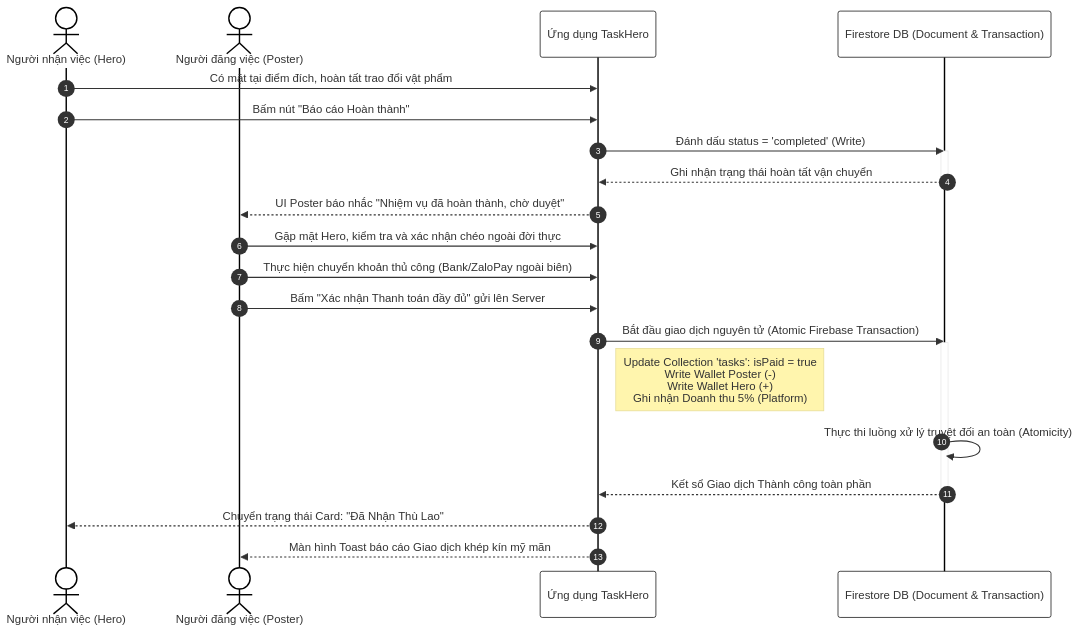
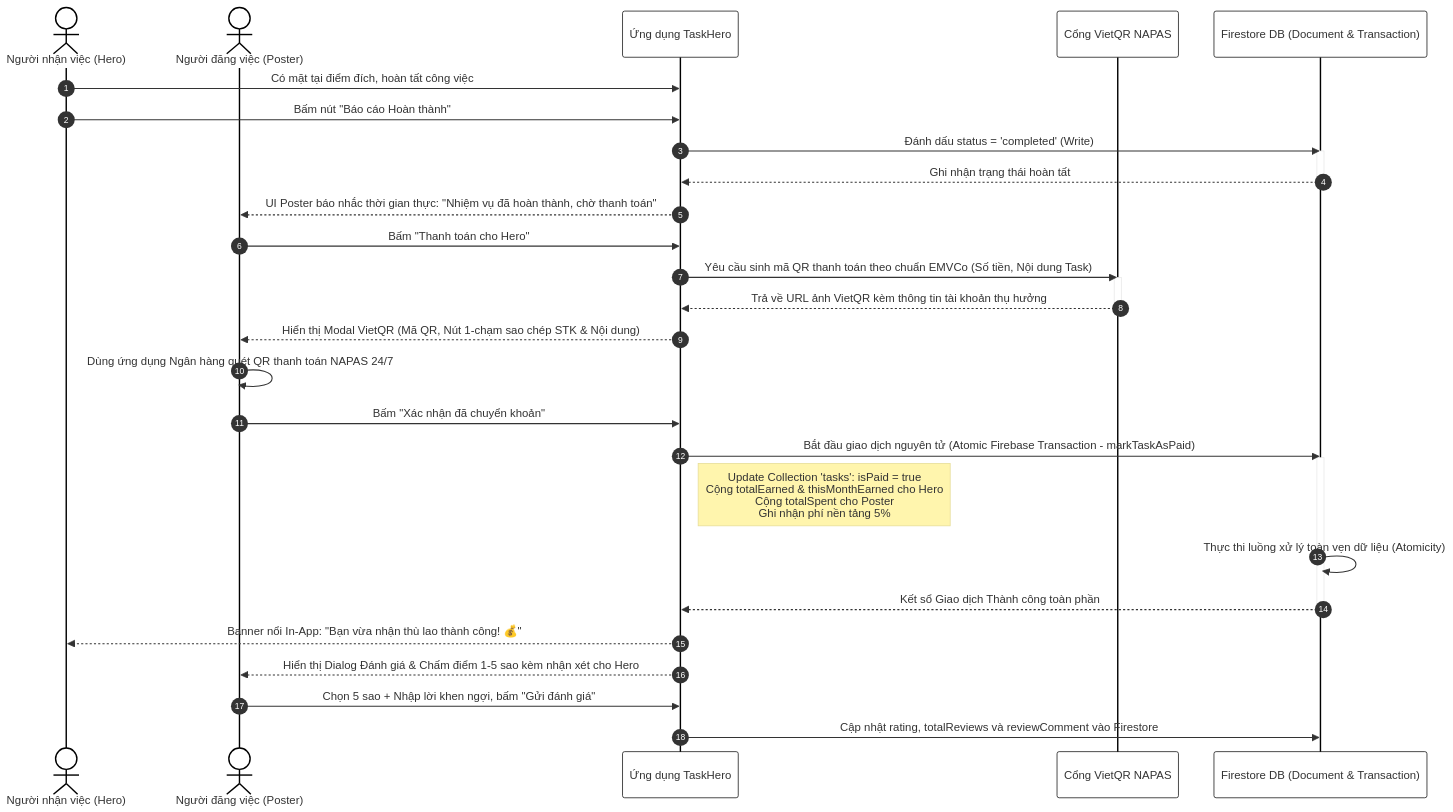
One commit to nguyenhung2k5/Mobile_App changed the fourth of 5 diagrams in Sequence_Diagrams_Full.md. Above: the diagram before and after it, drawn with Mermaid. The commit also changed other lines of this file and 6 other files, not shown here.

````diff
--- a/Sequence_Diagrams_Full.md
+++ b/Sequence_Diagrams_Full.md
@@ -129,32 +129,42 @@
 ```mermaid
 %%{init: {'theme':'base', 'themeVariables': {'primaryColor':'#ffffff', 'primaryBorderColor':'#000000', 'lineColor':'#000000'}}}%%
 sequenceDiagram
     autonumber
     actor Hero as Người nhận việc (Hero)
     actor Poster as Người đăng việc (Poster)
     participant App as Ứng dụng TaskHero
+    participant VietQR as Cổng VietQR NAPAS
     participant DB as Firestore DB (Document & Transaction)
 
-    Hero->>App: Có mặt tại điểm đích, hoàn tất trao đổi vật phẩm
+    Hero->>App: Có mặt tại điểm đích, hoàn tất công việc
     Hero->>App: Bấm nút "Báo cáo Hoàn thành"
     App->>DB: Đánh dấu status = 'completed' (Write)
     activate DB
-    DB-->>App: Ghi nhận trạng thái hoàn tất vận chuyển
+    DB-->>App: Ghi nhận trạng thái hoàn tất
     deactivate DB
     
-    App-->>Poster: UI Poster báo nhắc "Nhiệm vụ đã hoàn thành, chờ duyệt"
+    App-->>Poster: UI Poster báo nhắc thời gian thực: "Nhiệm vụ đã hoàn thành, chờ thanh toán"
     
-    Poster->>App: Gặp mặt Hero, kiểm tra và xác nhận chéo ngoài đời thực
-    Poster->>App: Thực hiện chuyển khoản thủ công (Bank/ZaloPay ngoài biên)
-    Poster->>App: Bấm "Xác nhận Thanh toán đầy đủ" gửi lên Server
+    Poster->>App: Bấm "Thanh toán cho Hero"
+    App->>VietQR: Yêu cầu sinh mã QR thanh toán theo chuẩn EMVCo (Số tiền, Nội dung Task)
+    activate VietQR
+    VietQR-->>App: Trả về URL ảnh VietQR kèm thông tin tài khoản thụ hưởng
+    deactivate VietQR
+    App-->>Poster: Hiển thị Modal VietQR (Mã QR, Nút 1-chạm sao chép STK & Nội dung)
     
-    App->>DB: Bắt đầu giao dịch nguyên tử (Atomic Firebase Transaction)
+    Poster->>Poster: Dùng ứng dụng Ngân hàng quét QR thanh toán NAPAS 24/7
+    Poster->>App: Bấm "Xác nhận đã chuyển khoản"
+    
+    App->>DB: Bắt đầu giao dịch nguyên tử (Atomic Firebase Transaction - markTaskAsPaid)
     activate DB
-    Note right of App: Update Collection 'tasks': isPaid = true<br>Write Wallet Poster (-)<br>Write Wallet Hero (+)<br>Ghi nhận Doanh thu 5% (Platform)
-    DB->>DB: Thực thi luồng xử lý truyệt đối an toàn (Atomicity)
+    Note right of App: Update Collection 'tasks': isPaid = true<br>Cộng totalEarned & thisMonthEarned cho Hero<br>Cộng totalSpent cho Poster<br>Ghi nhận phí nền tảng 5%
+    DB->>DB: Thực thi luồng xử lý toàn vẹn dữ liệu (Atomicity)
     DB-->>App: Kết sổ Giao dịch Thành công toàn phần
     deactivate DB
     
-    App-->>Hero: Chuyển trạng thái Card: "Đã Nhận Thù Lao"
-    App-->>Poster: Màn hình Toast báo cáo Giao dịch khép kín mỹ mãn
+    App-->>Hero: Banner nổi In-App: "Bạn vừa nhận thù lao thành công! 💰"
+    App-->>Poster: Hiển thị Dialog Đánh giá & Chấm điểm 1-5 sao kèm nhận xét cho Hero
+    
+    Poster->>App: Chọn 5 sao + Nhập lời khen ngợi, bấm "Gửi đánh giá"
+    App->>DB: Cập nhật rating, totalReviews và reviewComment vào Firestore
 ```
````
